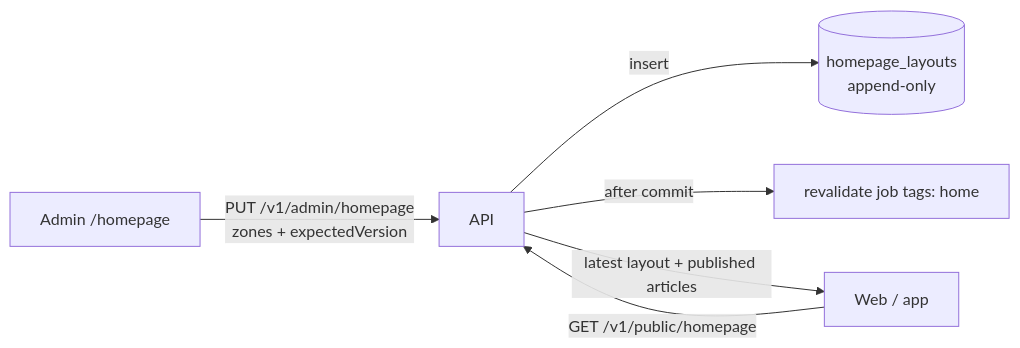
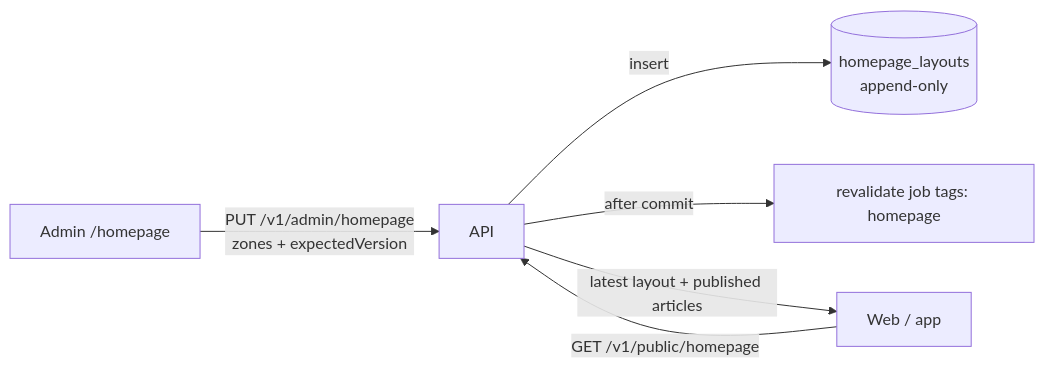
One commit to iamvade/political-news-platform-monorepo changed the diagram in docs/technical/features/homepage.md. Above: the diagram before and after it, drawn with Mermaid. The commit also changed other lines of this file and 89 other files, not shown here.

````diff
--- a/docs/technical/features/homepage.md
+++ b/docs/technical/features/homepage.md
@@ -14,8 +14,8 @@
 ```mermaid
 flowchart LR
   E[Admin /homepage] -- PUT /v1/admin/homepage<br/>zones + expectedVersion --> API
   API -- insert --> L[(homepage_layouts<br/>append-only)]
-  API -- after commit --> J[revalidate job tags: home]
+  API -- after commit --> J[revalidate job tags: homepage]
   W[Web / app] -- GET /v1/public/homepage --> API
   API -- latest layout + published articles --> W
 ```
````
